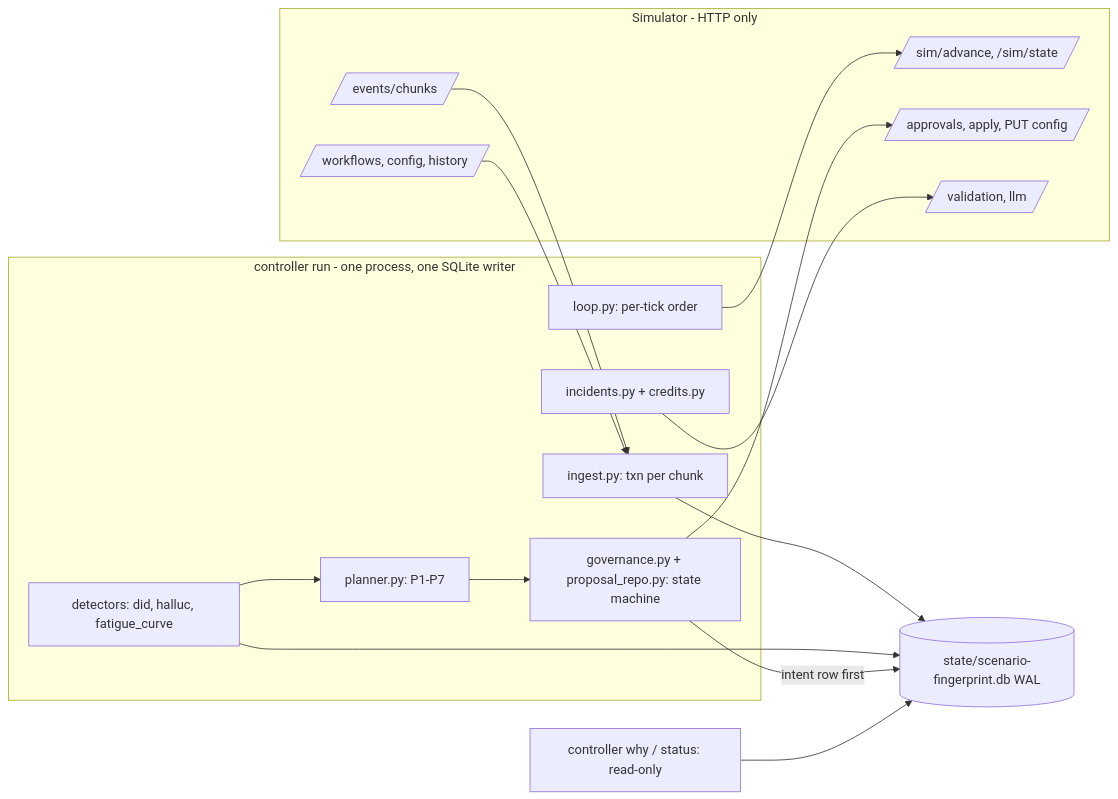
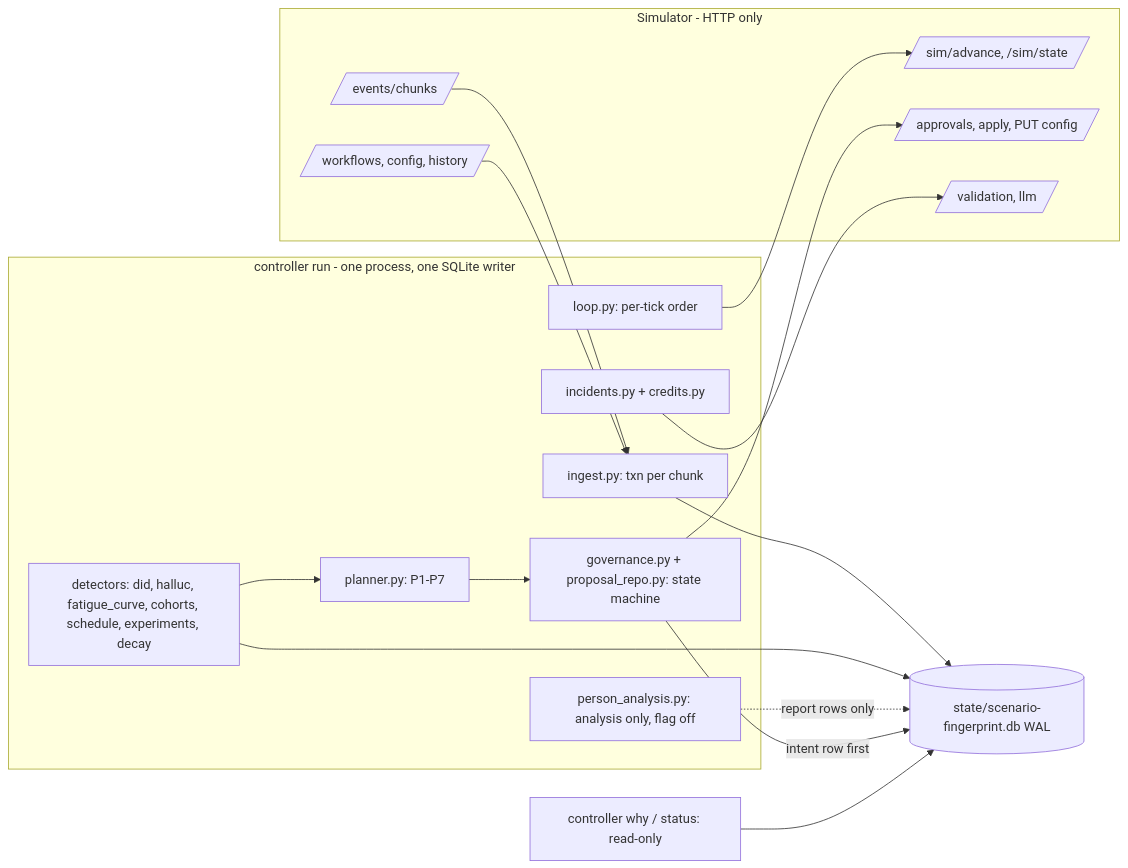
One commit to AryamannNingombam/sde-assignment-2026 changed the diagram in SUBMISSION.md. Above: the diagram before and after it, drawn with Mermaid. The commit also changed other lines of this file and 2 other files, not shown here.

````diff
--- a/SUBMISSION.md
+++ b/SUBMISSION.md
@@ -98,28 +97,30 @@
 ```mermaid
 flowchart LR
   subgraph SIM[Simulator - HTTP only]
     A[/sim/advance, /sim/state/]
     E[/events/chunks/]
     C[/workflows, config, history/]
     G[/approvals, apply, PUT config/]
     L[/validation, llm/]
   end
   subgraph CTL[controller run - one process, one SQLite writer]
     LOOP[loop.py: per-tick order]
     ING[ingest.py: txn per chunk]
-    DET[detectors: did, halluc, fatigue_curve]
+    DET[detectors: did, halluc, fatigue_curve, cohorts, schedule, experiments, decay]
     PLAN[planner.py: P1-P7]
+    PA[person_analysis.py: analysis only, flag off]
     GOV[governance.py + proposal_repo.py: state machine]
     INC[incidents.py + credits.py]
   end
   DB[(state/scenario-fingerprint.db WAL)]
   LOOP --> A
   E --> ING --> DB
   C --> ING
   DET --> DB
+  PA -.->|report rows only| DB
   DET --> PLAN --> GOV
   GOV -->|intent row first| DB
   GOV --> G
   INC --> L
   AUD[controller why / status: read-only] --> DB
 ```
````
